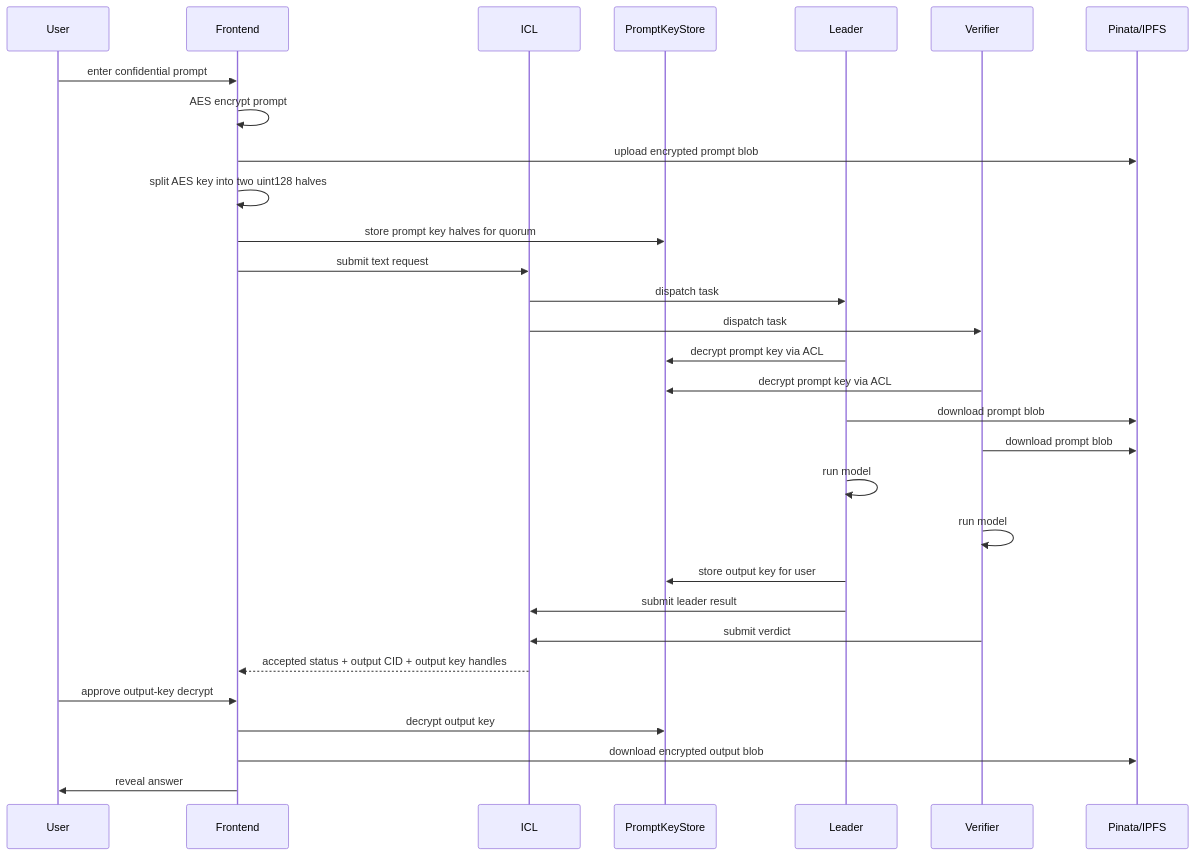
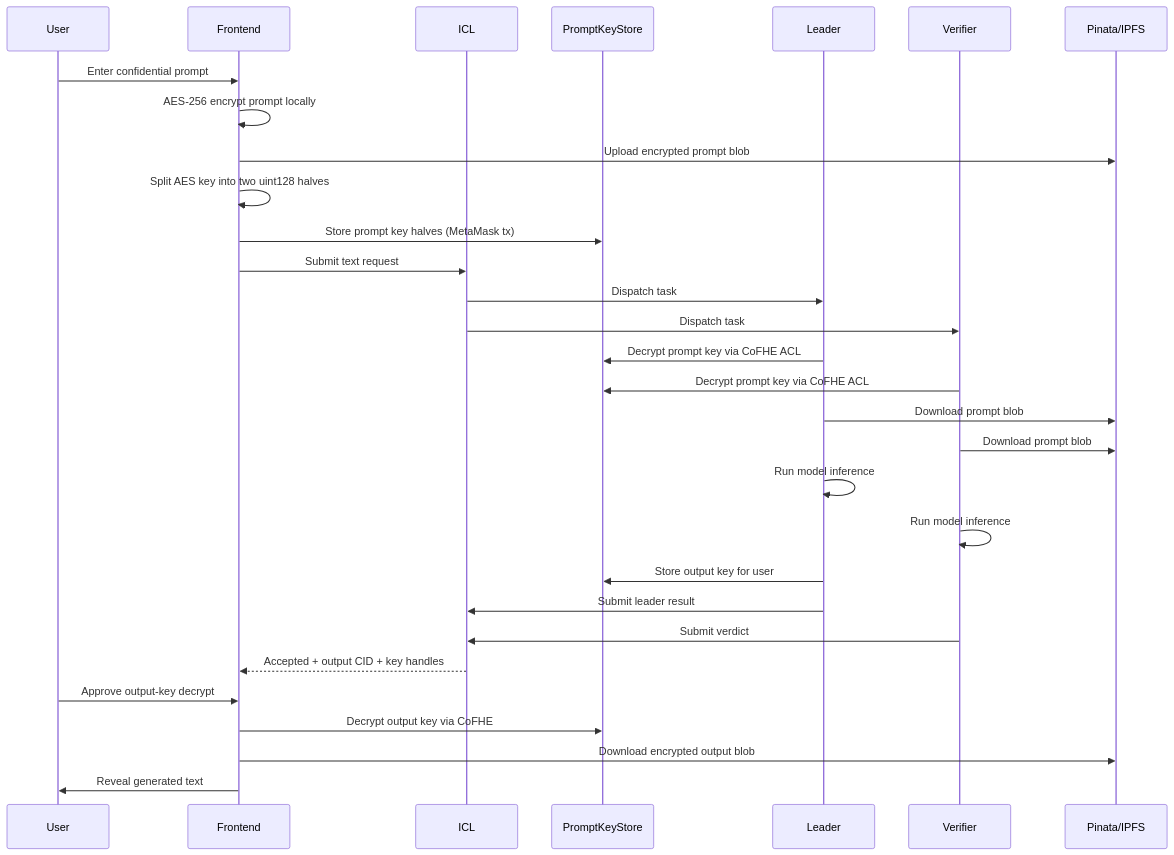
Before and after one commit to AbhishekPanwarr/Blindference: the third of 4 diagrams in ARCHITECTURE.md, drawn with Mermaid. The commit also changed other lines of this file and 418 other files, not shown here.

````diff
--- a/ARCHITECTURE.md
+++ b/ARCHITECTURE.md
@@ -173,33 +203,33 @@
 ```mermaid
 sequenceDiagram
     participant User
     participant FE as Frontend
     participant ICL
     participant PKS as PromptKeyStore
     participant Leader
     participant Verifier
     participant IPFS as Pinata/IPFS
 
-    User->>FE: enter confidential prompt
-    FE->>FE: AES encrypt prompt
-    FE->>IPFS: upload encrypted prompt blob
-    FE->>FE: split AES key into two uint128 halves
-    FE->>PKS: store prompt key halves for quorum
-    FE->>ICL: submit text request
-    ICL->>Leader: dispatch task
-    ICL->>Verifier: dispatch task
-    Leader->>PKS: decrypt prompt key via ACL
-    Verifier->>PKS: decrypt prompt key via ACL
-    Leader->>IPFS: download prompt blob
-    Verifier->>IPFS: download prompt blob
-    Leader->>Leader: run model
-    Verifier->>Verifier: run model
-    Leader->>PKS: store output key for user
-    Leader->>ICL: submit leader result
-    Verifier->>ICL: submit verdict
-    ICL-->>FE: accepted status + output CID + output key handles
-    User->>FE: approve output-key decrypt
-    FE->>PKS: decrypt output key
-    FE->>IPFS: download encrypted output blob
-    FE->>User: reveal answer
+    User->>FE: Enter confidential prompt
+    FE->>FE: AES-256 encrypt prompt locally
+    FE->>IPFS: Upload encrypted prompt blob
+    FE->>FE: Split AES key into two uint128 halves
+    FE->>PKS: Store prompt key halves (MetaMask tx)
+    FE->>ICL: Submit text request
+    ICL->>Leader: Dispatch task
+    ICL->>Verifier: Dispatch task
+    Leader->>PKS: Decrypt prompt key via CoFHE ACL
+    Verifier->>PKS: Decrypt prompt key via CoFHE ACL
+    Leader->>IPFS: Download prompt blob
+    Verifier->>IPFS: Download prompt blob
+    Leader->>Leader: Run model inference
+    Verifier->>Verifier: Run model inference
+    Leader->>PKS: Store output key for user
+    Leader->>ICL: Submit leader result
+    Verifier->>ICL: Submit verdict
+    ICL-->>FE: Accepted + output CID + key handles
+    User->>FE: Approve output-key decrypt
+    FE->>PKS: Decrypt output key via CoFHE
+    FE->>IPFS: Download encrypted output blob
+    FE->>User: Reveal generated text
 ```
````
